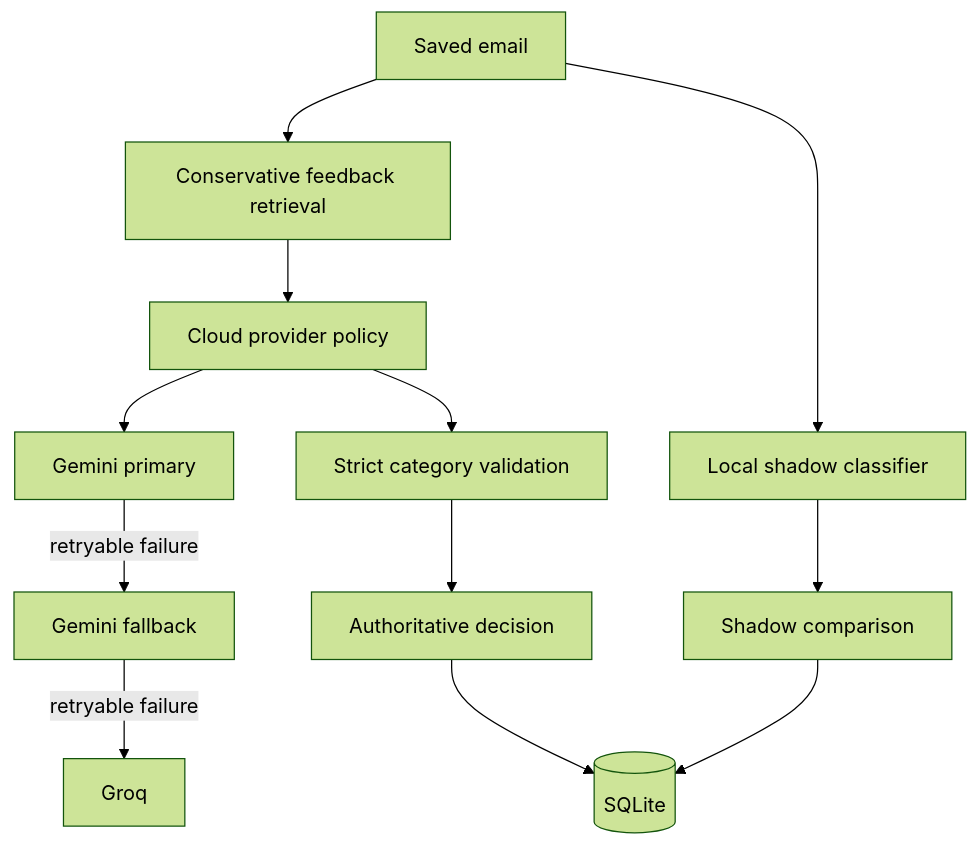
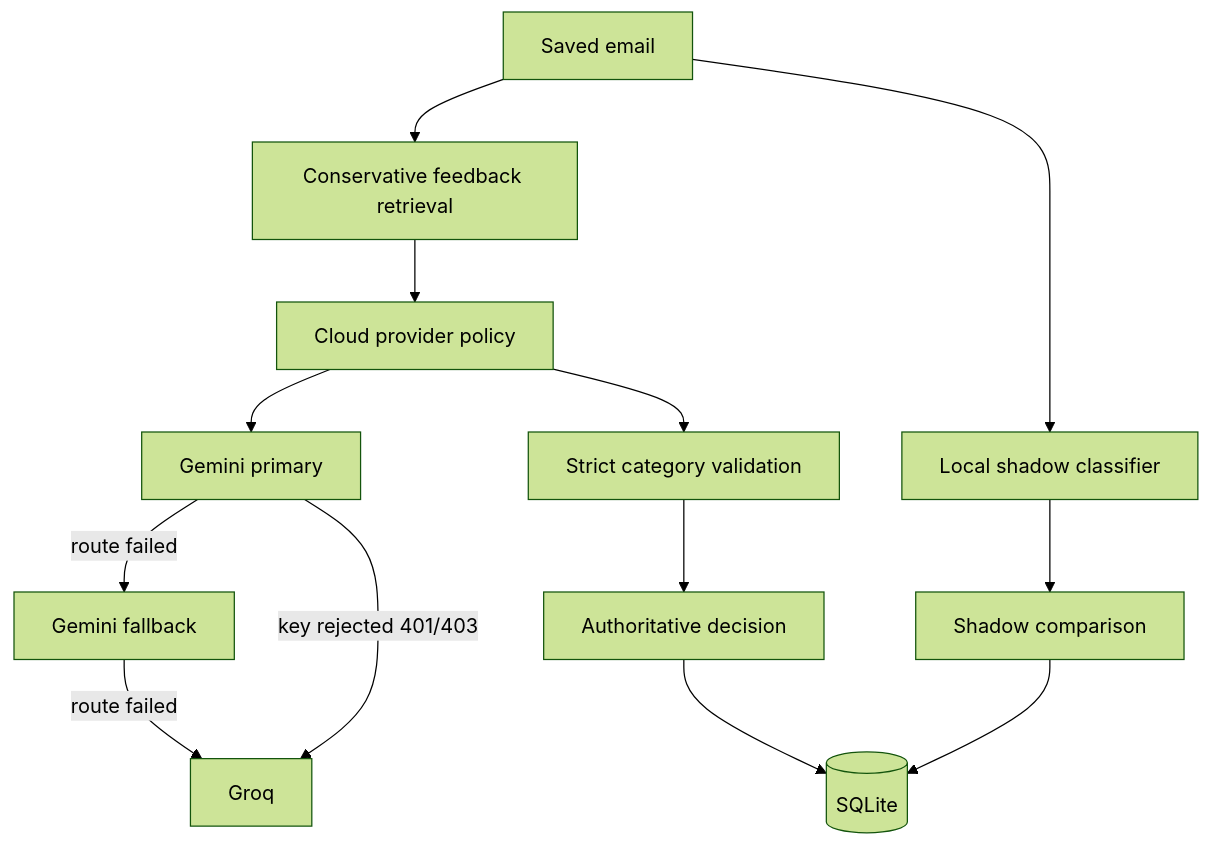
The second of 2 diagrams in docs/ARCHITECTURE.md (Priyanshh1407/MailMind), drawn with Mermaid (forest theme) before and after one commit. The commit also changed other lines of this file and 7 other files, not shown here.

````diff
--- a/docs/ARCHITECTURE.md
+++ b/docs/ARCHITECTURE.md
@@ -156,14 +156,15 @@
 ```mermaid
 flowchart TD
   E[Saved email] --> R[Conservative feedback retrieval]
   R --> P[Cloud provider policy]
   P --> G1[Gemini primary]
-  G1 -->|retryable failure| G2[Gemini fallback]
-  G2 -->|retryable failure| Q[Groq]
+  G1 -->|route failed| G2[Gemini fallback]
+  G2 -->|route failed| Q[Groq]
+  G1 -->|key rejected 401/403| Q
   P --> V[Strict category validation]
   E --> L[Local shadow classifier]
   V --> D[Authoritative decision]
   L --> H[Shadow comparison]
   D --> S[(SQLite)]
   H --> S
 ```
````
